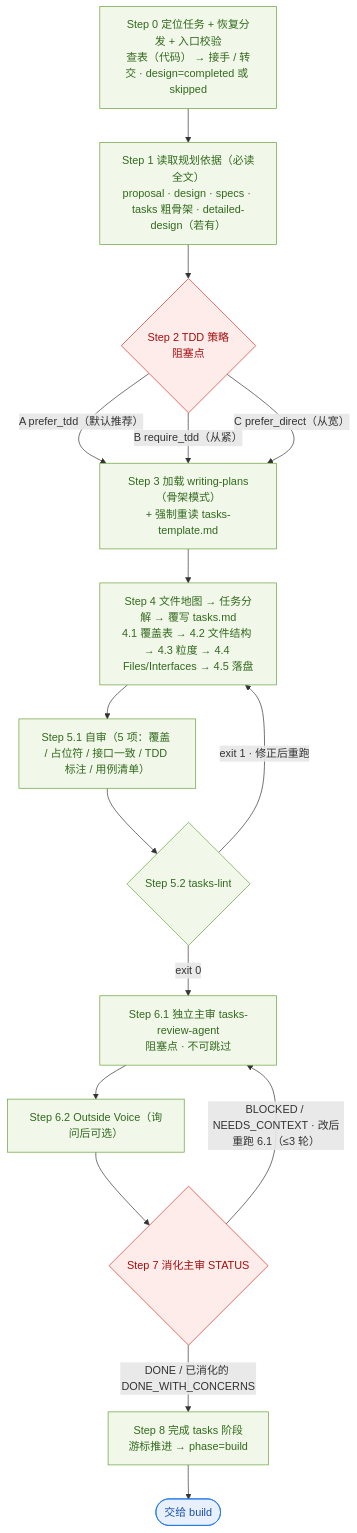
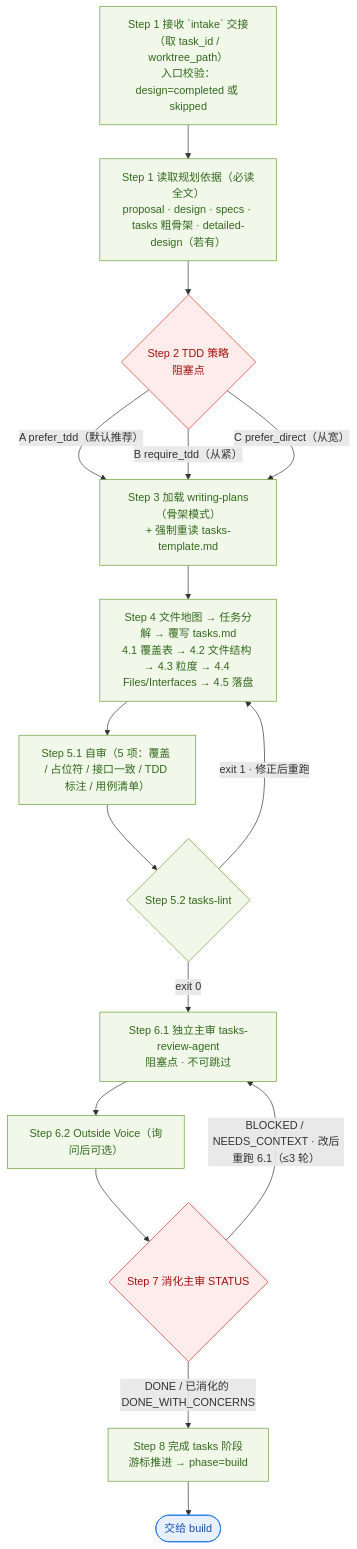
One commit to incodingless/polaris-flow changed the seventh of 12 diagrams in docs/architecture/coding-workflow-flows.md. Above: the diagram before and after it, drawn with Mermaid. The commit also changed other lines of this file and 46 other files, not shown here.

````diff
--- a/docs/architecture/coding-workflow-flows.md
+++ b/docs/architecture/coding-workflow-flows.md
@@ -350,26 +339,26 @@
 ```mermaid
 flowchart TD
-    K0["Step 0 定位任务 + 恢复分发 + 入口校验<br/>查表（代码） → 接手 / 转交 · design=completed 或 skipped"]
+    K0["Step 1 接收 `intake` 交接（取 task_id / worktree_path）<br/>入口校验：design=completed 或 skipped"]
     K0 --> K1["Step 1 读取规划依据（必读全文）<br/>proposal · design · specs · tasks 粗骨架 · detailed-design（若有）"]
     K1 --> KC2{"Step 2 TDD 策略<br/>阻塞点"}
     KC2 -->|"A prefer_tdd（默认推荐）"| K3
     KC2 -->|"B require_tdd（从紧）"| K3
     KC2 -->|"C prefer_direct（从宽）"| K3["Step 3 加载 writing-plans（骨架模式）<br/>+ 强制重读 tasks-template.md"]
     K3 --> K4["Step 4 文件地图 → 任务分解 → 覆写 tasks.md<br/>4.1 覆盖表 → 4.2 文件结构 → 4.3 粒度 → 4.4 Files/Interfaces → 4.5 落盘"]
     K4 --> K51["Step 5.1 自审（5 项：覆盖 / 占位符 / 接口一致 / TDD 标注 / 用例清单）"]
     K51 --> K52{"Step 5.2 tasks-lint"}
     K52 -->|"exit 1 · 修正后重跑"| K4
     K52 -->|"exit 0"| K6["Step 6.1 独立主审 tasks-review-agent<br/>阻塞点 · 不可跳过"]
     K6 --> K62["Step 6.2 Outside Voice（询问后可选）"]
     K62 --> KC7{"Step 7 消化主审 STATUS"}
     KC7 -->|"BLOCKED / NEEDS_CONTEXT · 改后重跑 6.1（≤3 轮）"| K6
     KC7 -->|"DONE / 已消化的 DONE_WITH_CONCERNS"| K8["Step 8 完成 tasks 阶段<br/>游标推进 → phase=build"]
     K8 --> KB(["交给 build"])
 
     classDef step fill:#f1f8e9,stroke:#689f38,color:#33691e
     classDef gate fill:#fdecea,stroke:#d93025,color:#a50e0e
     classDef out fill:#e8f0fe,stroke:#1a73e8,color:#174ea6
     class K0,K1,K3,K4,K51,K52,K6,K62,K8 step
     class KC2,KC7 gate
     class KB out
 ```
````
